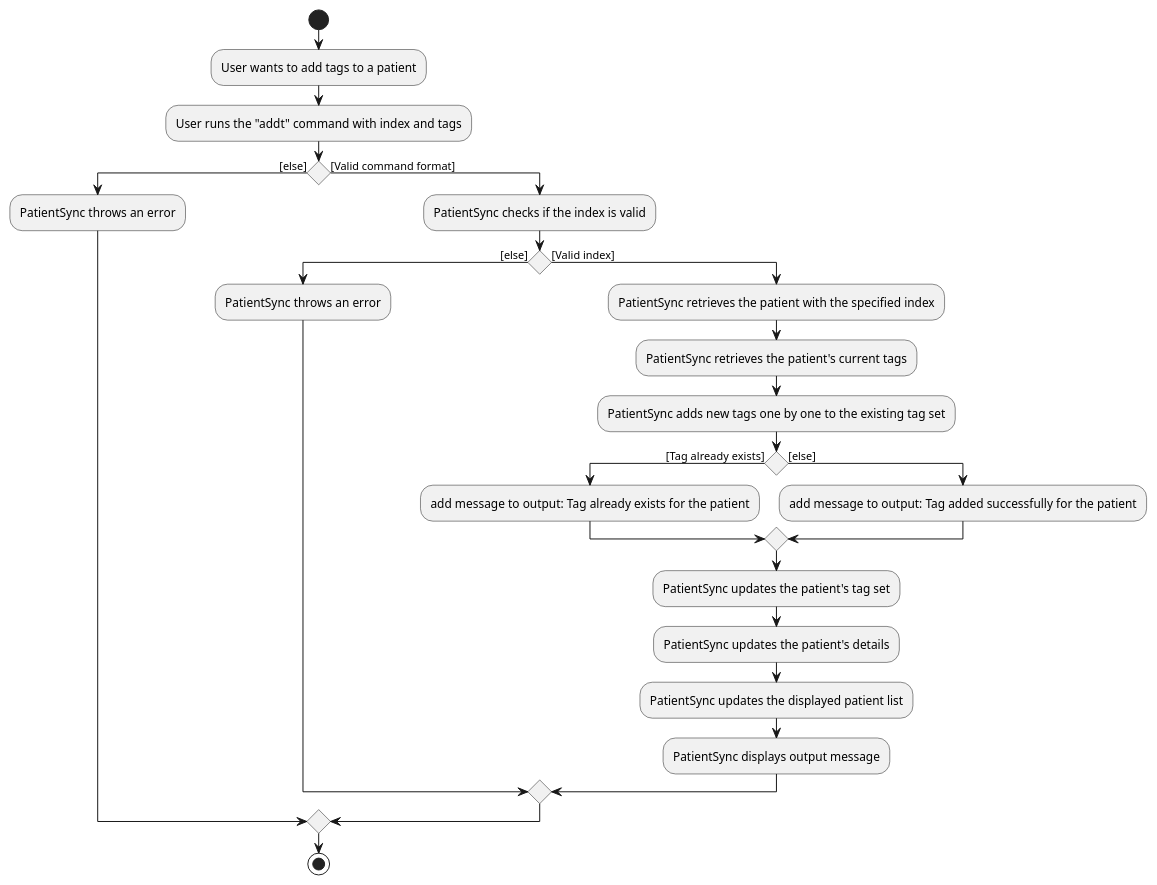
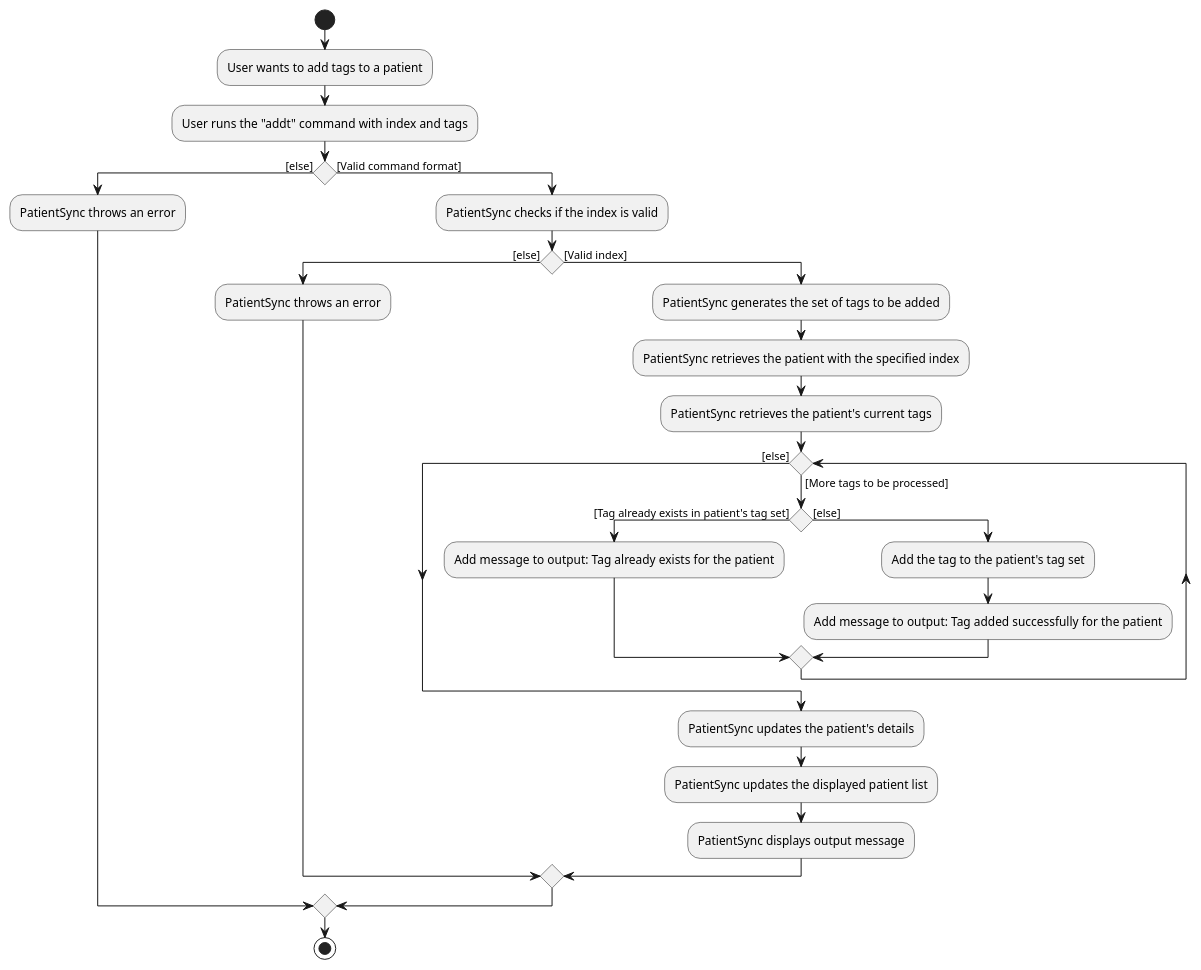
One commit to nus-cs2103-AY2324S2/tp changed the diagram in docs/diagrams/AddTagsActivityDiagram.puml. Above: the diagram before and after it, drawn with PlantUML. The commit also changed 1 other file, not shown here.

Commit message:
Change to Activity Diagram for Addtags and DeleteTags

```diff
--- a/docs/diagrams/AddTagsActivityDiagram.puml
+++ b/docs/diagrams/AddTagsActivityDiagram.puml
@@ -1,27 +1,29 @@
 @startuml
 start
 :User wants to add tags to a patient;
 :User runs the "addt" command with index and tags;
 if () then ([else])
     :PatientSync throws an error;
 else ([Valid command format])
     :PatientSync checks if the index is valid;
     if () then ([else])
         :PatientSync throws an error;
     else ([Valid index])
+        :PatientSync generates the set of tags to be added;
         :PatientSync retrieves the patient with the specified index;
         :PatientSync retrieves the patient's current tags;
-        :PatientSync adds new tags one by one to the existing tag set;
-        if () then ([Tag already exists])
-            :add message to output: Tag already exists for the patient;
-        else ([else])
-            :add message to output: Tag added successfully for the patient;
-        endif
-        :PatientSync updates the patient's tag set;
+        while () is ([More tags to be processed])
+            if () then ([Tag already exists in patient's tag set])
+                :Add message to output: Tag already exists for the patient;
+            else ([else])
+                :Add the tag to the patient's tag set;
+                :Add message to output: Tag added successfully for the patient;
+            endif
+        endwhile([else])
         :PatientSync updates the patient's details;
         :PatientSync updates the displayed patient list;
         :PatientSync displays output message;
     endif
 endif
 stop
 @enduml
```
